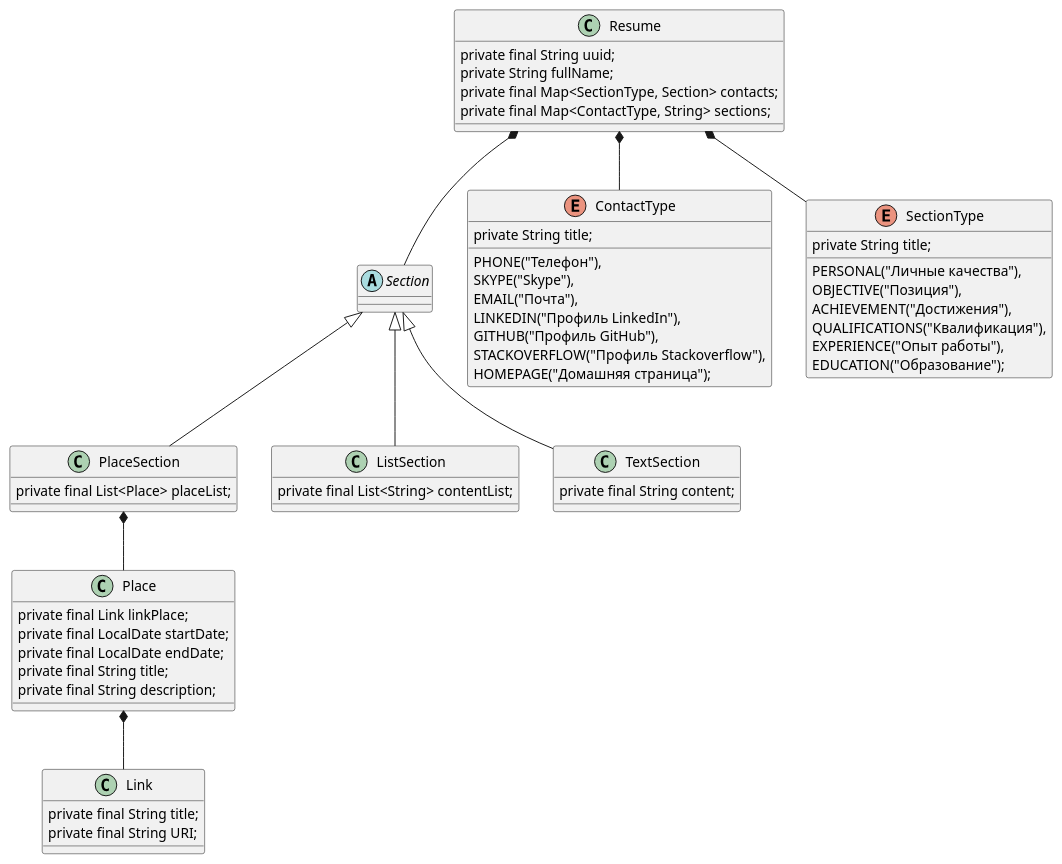
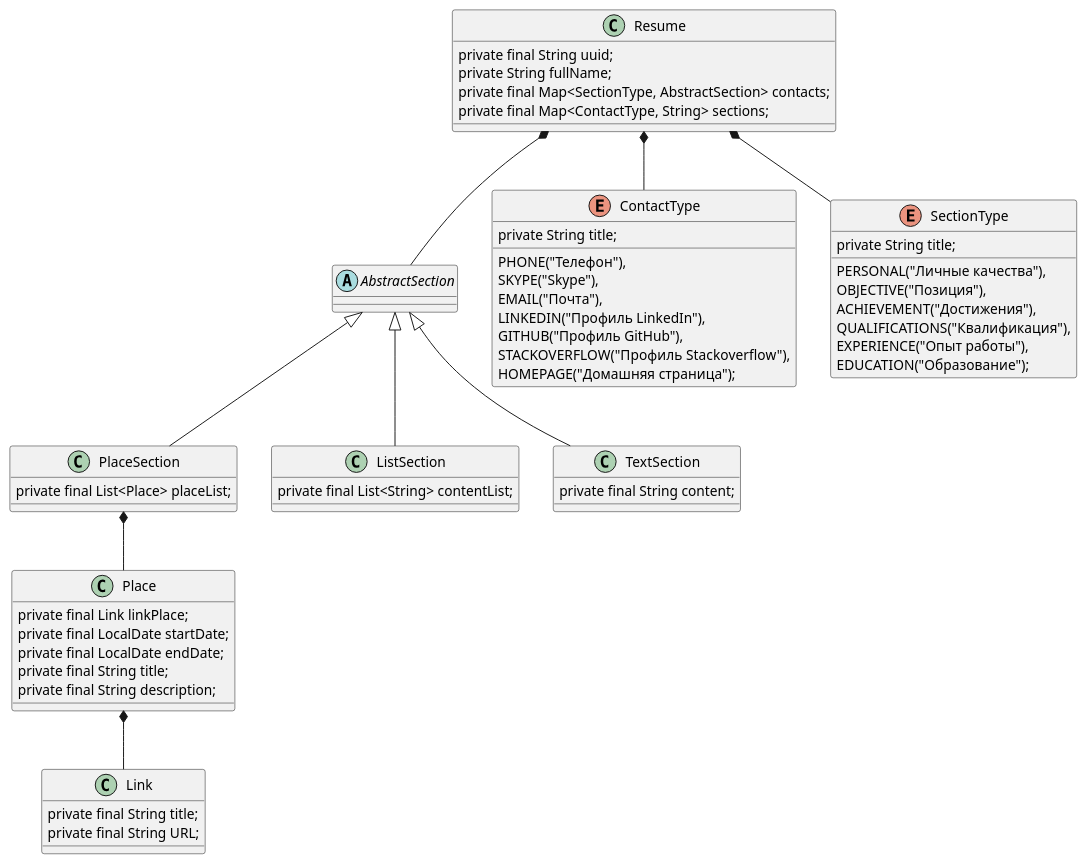
One commit to kssadomtsev/basejava changed the diagram in src/com/mysite/webapp/model/Test.puml. Above: the diagram before and after it, drawn with PlantUML. The commit also changed 7 other files, not shown here.

```diff
--- a/src/com/mysite/webapp/model/Test.puml
+++ b/src/com/mysite/webapp/model/Test.puml
@@ -1,65 +1,64 @@
 @startuml
 
-abstract class Section {
+abstract class AbstractSection {
 }
-
 
 class Link {
     private final String title;
-    private final String URI;
+    private final String URL;
 }
 
 enum ContactType {
     PHONE("Телефон"),
     SKYPE("Skype"),
     EMAIL("Почта"),
     LINKEDIN("Профиль LinkedIn"),
     GITHUB("Профиль GitHub"),
     STACKOVERFLOW("Профиль Stackoverflow"),
     HOMEPAGE("Домашняя страница");
 
     private String title;
 }
 
 enum SectionType {
     PERSONAL("Личные качества"),
     OBJECTIVE("Позиция"),
     ACHIEVEMENT("Достижения"),
     QUALIFICATIONS("Квалификация"),
     EXPERIENCE("Опыт работы"),
     EDUCATION("Образование");
 
     private String title;
 }
 
 class Place {
     private final Link linkPlace;
     private final LocalDate startDate;
     private final LocalDate endDate;
     private final String title;
     private final String description;
     }
 
- class PlaceSection extends Section {
+ class PlaceSection extends AbstractSection {
         private final List<Place> placeList;
   }
 
   class Resume {
       private final String uuid;
       private String fullName;
-      private final Map<SectionType, Section> contacts;
+      private final Map<SectionType, AbstractSection> contacts;
       private final Map<ContactType, String> sections;
       }
 
-  class ListSection extends Section {
+  class ListSection extends AbstractSection {
       private final List<String> contentList;
       }
- class TextSection extends Section {
+ class TextSection extends AbstractSection {
           private final String content;
           }
- Resume *-- Section
+ Resume *-- AbstractSection
  Resume *-- SectionType
  Resume *-- ContactType
  PlaceSection *-- Place
  Place *-- Link
 @enduml
```
